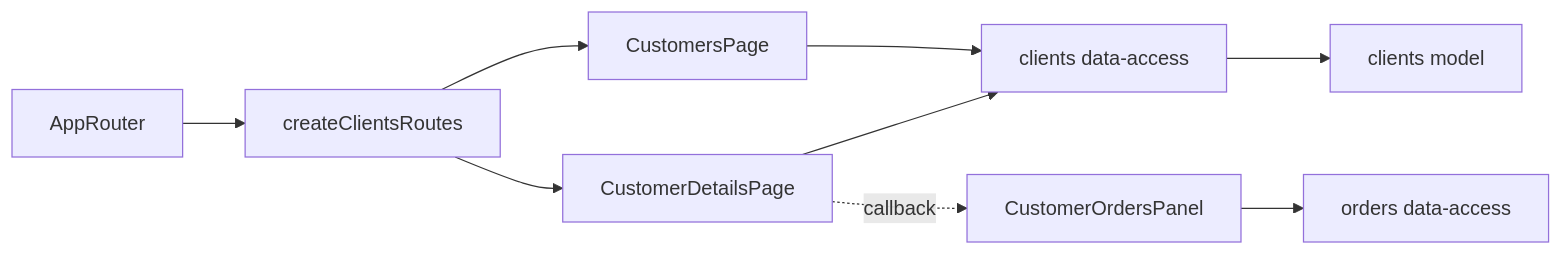
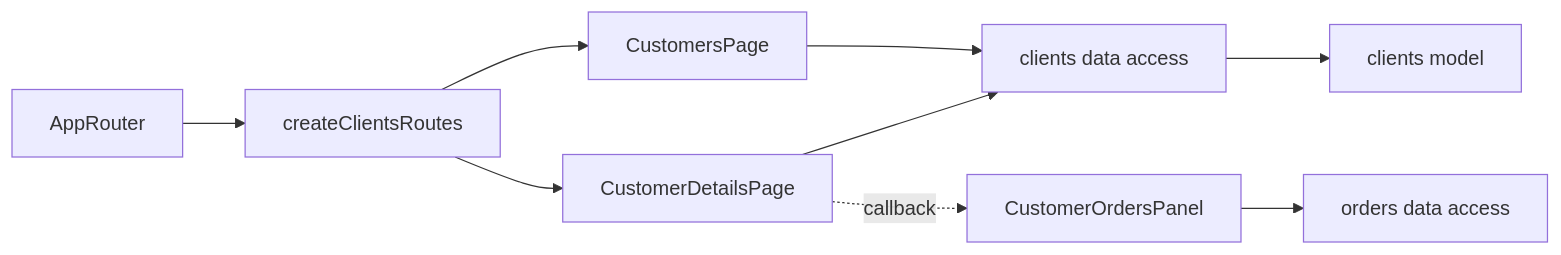
Before and after one commit to Weretik/kedr-web: the diagram in docs/features/admin/clients.md, drawn with Mermaid. The commit also changed other lines of this file and 95 other files, not shown here.

Commit message:
docs(frontend): reconcile architecture and feature guidance

````diff
--- a/docs/features/admin/clients.md
+++ b/docs/features/admin/clients.md
@@ -11,11 +11,11 @@
 ```mermaid
 flowchart LR
     App[AppRouter] --> Routes[createClientsRoutes]
     Routes --> List[CustomersPage]
     Routes --> Detail[CustomerDetailsPage]
-    List --> Api[clients data-access]
+    List --> Api[clients data access]
     Detail --> Api
     Api --> Model[clients model]
     Detail -. callback .-> Panel[CustomerOrdersPanel]
-    Panel --> OrdersApi[orders data-access]
+    Panel --> OrdersApi[orders data access]
 ```
````
